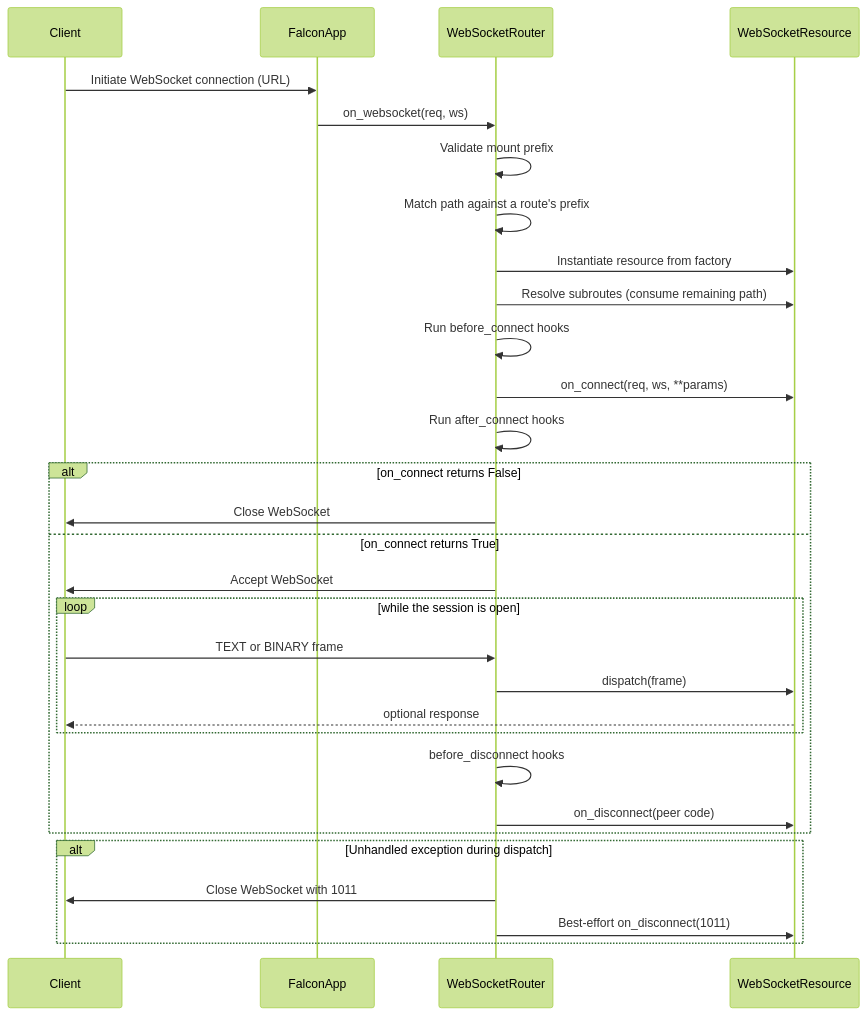
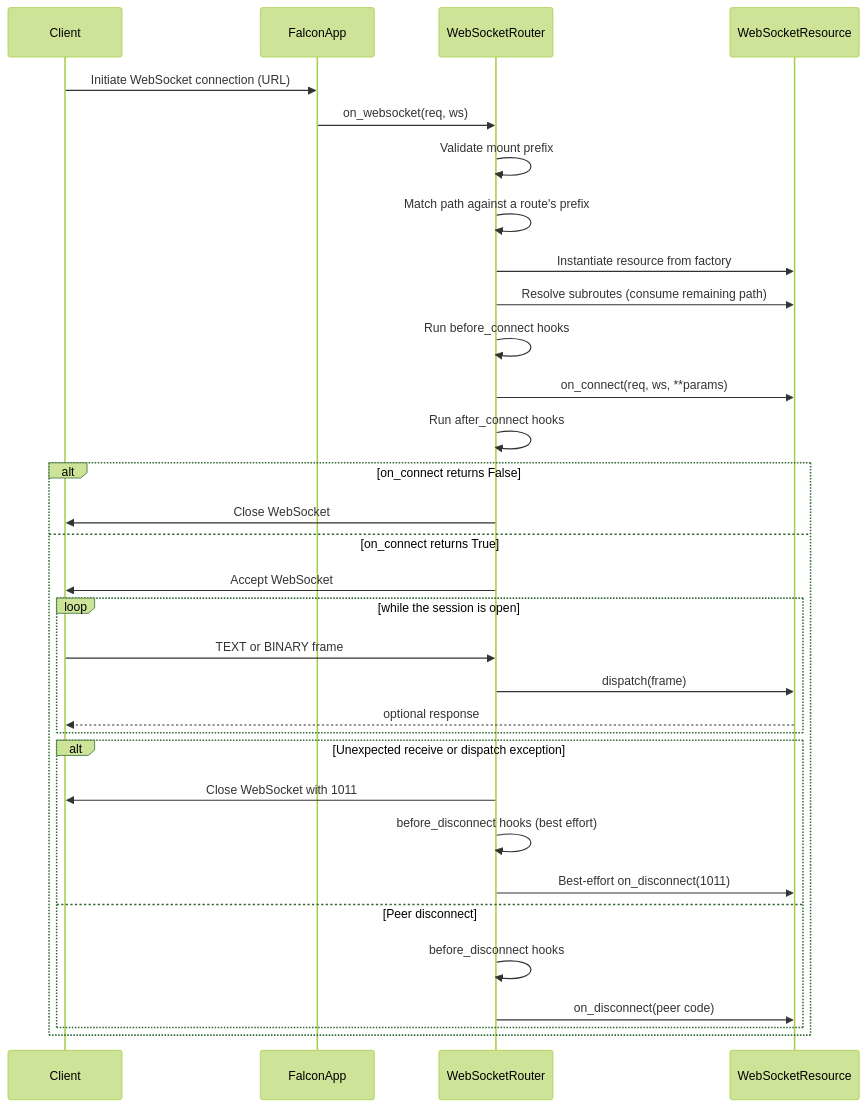
Before and after one commit to leynos/falcon-pachinko: the fourth of 15 diagrams in docs/falcon-websocket-extension-design.md, drawn with Mermaid (forest theme). The commit also changed other lines of this file and 4 other files, not shown here.

````diff
--- a/docs/falcon-websocket-extension-design.md
+++ b/docs/falcon-websocket-extension-design.md
@@ -1046,33 +1046,35 @@
 ```mermaid
 sequenceDiagram
     participant Client
     participant FalconApp
     participant WebSocketRouter
     participant WebSocketResource
 
     Client->>FalconApp: Initiate WebSocket connection (URL)
     FalconApp->>WebSocketRouter: on_websocket(req, ws)
     WebSocketRouter->>WebSocketRouter: Validate mount prefix
     WebSocketRouter->>WebSocketRouter: Match path against a route's prefix
     WebSocketRouter->>WebSocketResource: Instantiate resource from factory
     WebSocketRouter->>WebSocketResource: Resolve subroutes (consume remaining path)
     WebSocketRouter->>WebSocketRouter: Run before_connect hooks
     WebSocketRouter->>WebSocketResource: on_connect(req, ws, **params)
     WebSocketRouter->>WebSocketRouter: Run after_connect hooks
     alt on_connect returns False
         WebSocketRouter->>Client: Close WebSocket
     else on_connect returns True
         WebSocketRouter->>Client: Accept WebSocket
         loop while the session is open
             Client->>WebSocketRouter: TEXT or BINARY frame
             WebSocketRouter->>WebSocketResource: dispatch(frame)
             WebSocketResource-->>Client: optional response
         end
-        WebSocketRouter->>WebSocketRouter: before_disconnect hooks
-        WebSocketRouter->>WebSocketResource: on_disconnect(peer code)
-    end
-    alt Unhandled exception during dispatch
-        WebSocketRouter->>Client: Close WebSocket with 1011
-        WebSocketRouter->>WebSocketResource: Best-effort on_disconnect(1011)
+        alt Unexpected receive or dispatch exception
+            WebSocketRouter->>Client: Close WebSocket with 1011
+            WebSocketRouter->>WebSocketRouter: before_disconnect hooks (best effort)
+            WebSocketRouter->>WebSocketResource: Best-effort on_disconnect(1011)
+        else Peer disconnect
+            WebSocketRouter->>WebSocketRouter: before_disconnect hooks
+            WebSocketRouter->>WebSocketResource: on_disconnect(peer code)
+        end
     end
 ```
````
